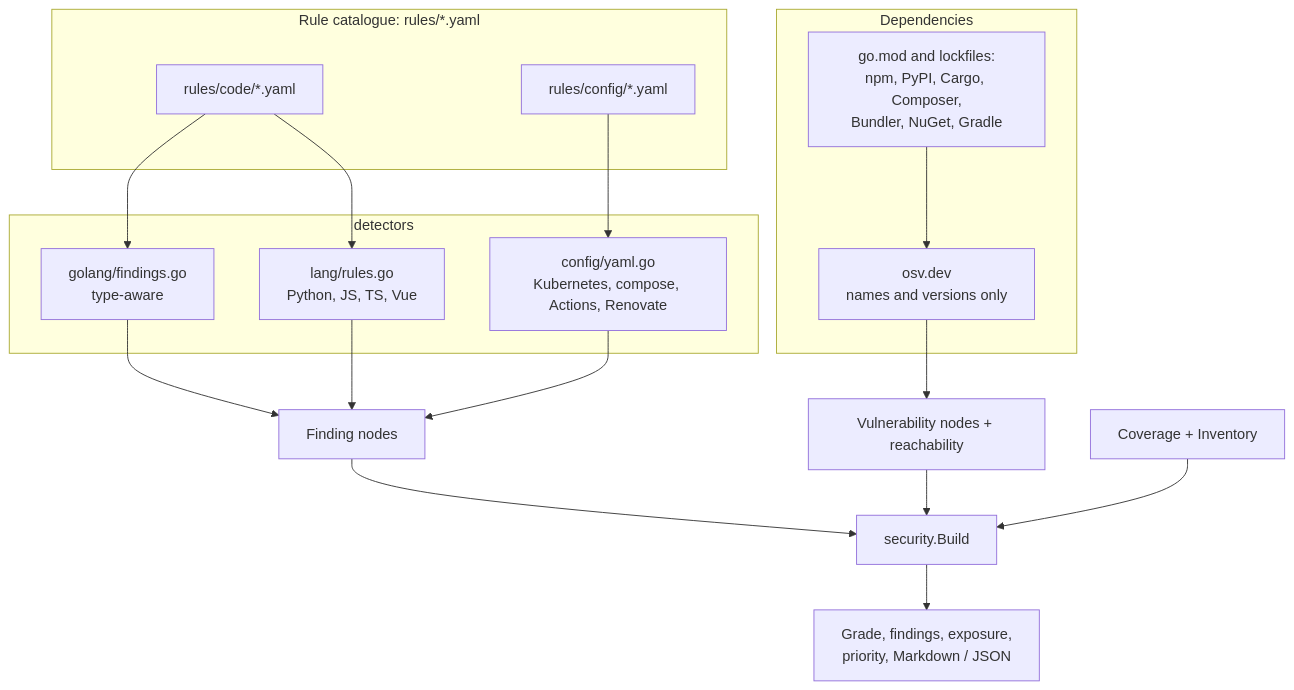
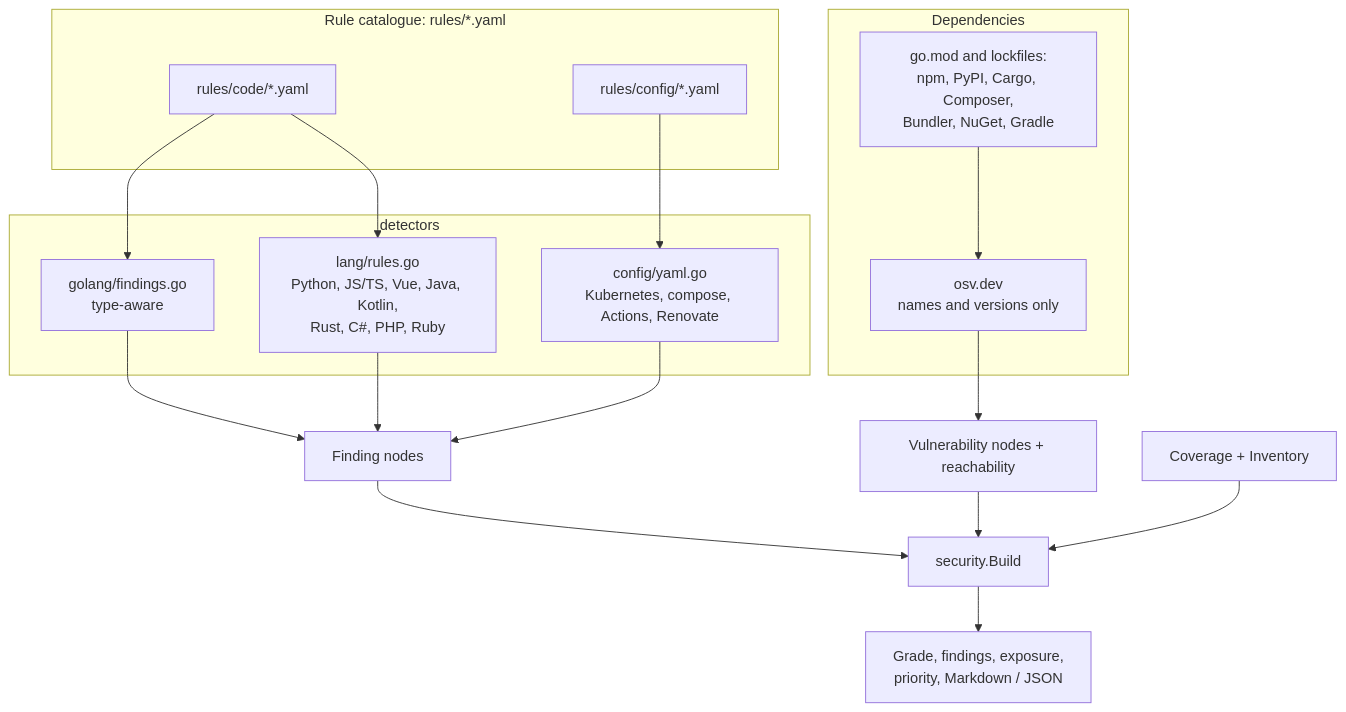
The first of 3 diagrams in docs/features/security.md (astrona-io/codesynapse), drawn with Mermaid before and after one commit. The commit also changed other lines of this file and 6 other files, not shown here.

First line of the commit message:
docs: fix Mermaid diagrams that fail to render or misdraw the code (#267)

````diff
--- a/docs/features/security.md
+++ b/docs/features/security.md
@@ -7,29 +7,29 @@
 ```mermaid
 flowchart TB
     subgraph rules[Rule catalogue: rules/*.yaml]
         rc[rules/code/*.yaml]
         rg[rules/config/*.yaml]
     end
     subgraph detectors
         gd[golang/findings.go<br/>type-aware]
-        ld[lang/rules.go<br/>Python, JS, TS, Vue]
+        ld[lang/rules.go<br/>Python, JS/TS, Vue, Java, Kotlin,<br/>Rust, C#, PHP, Ruby]
         yd[config/yaml.go<br/>Kubernetes, compose, Actions, Renovate]
     end
     subgraph deps[Dependencies]
         lock[go.mod and lockfiles:<br/>npm, PyPI, Cargo, Composer,<br/>Bundler, NuGet, Gradle]
         osv[osv.dev<br/>names and versions only]
     end
 
     rc --> gd
     rc --> ld
     rg --> yd
     lock --> osv
     gd --> F[Finding nodes]
     ld --> F
     yd --> F
     osv --> V[Vulnerability nodes + reachability]
     F --> B[security.Build]
     V --> B
     cov[Coverage + Inventory] --> B
     B --> out[Grade, findings, exposure,<br/>priority, Markdown / JSON]
 ```
````
